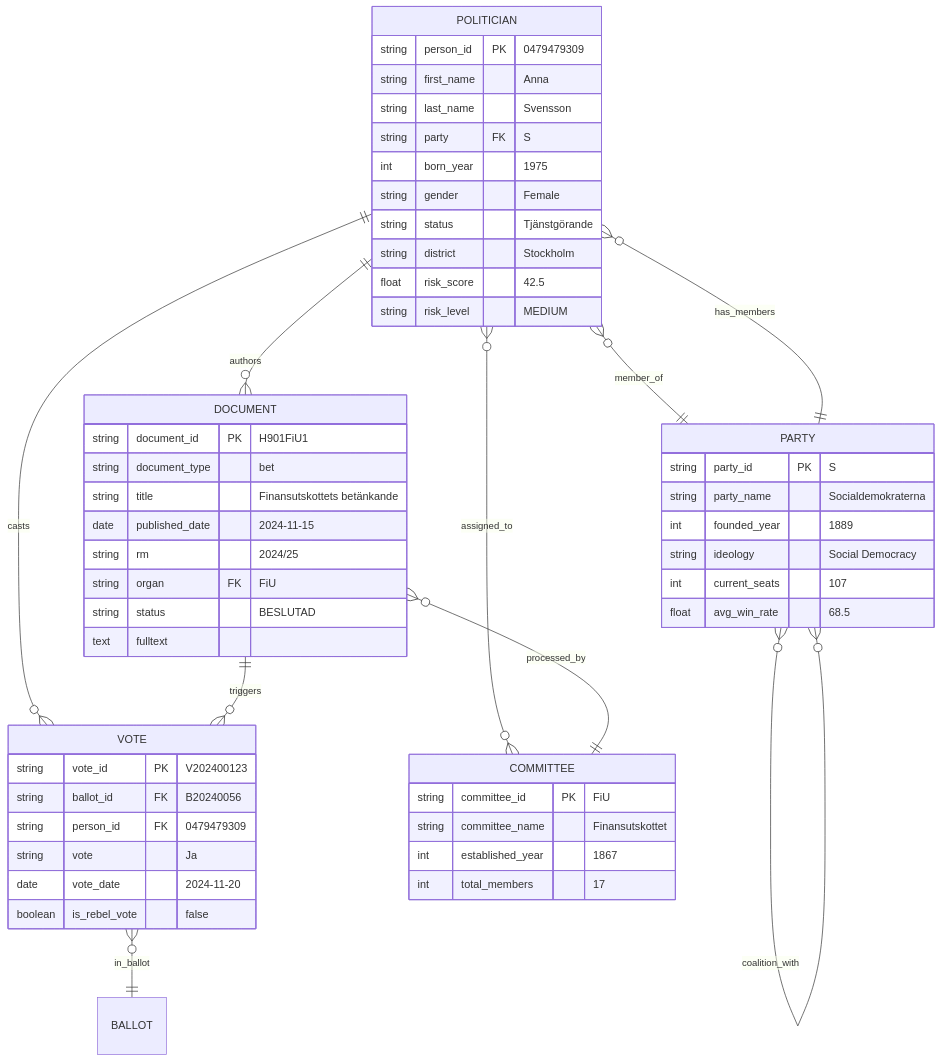
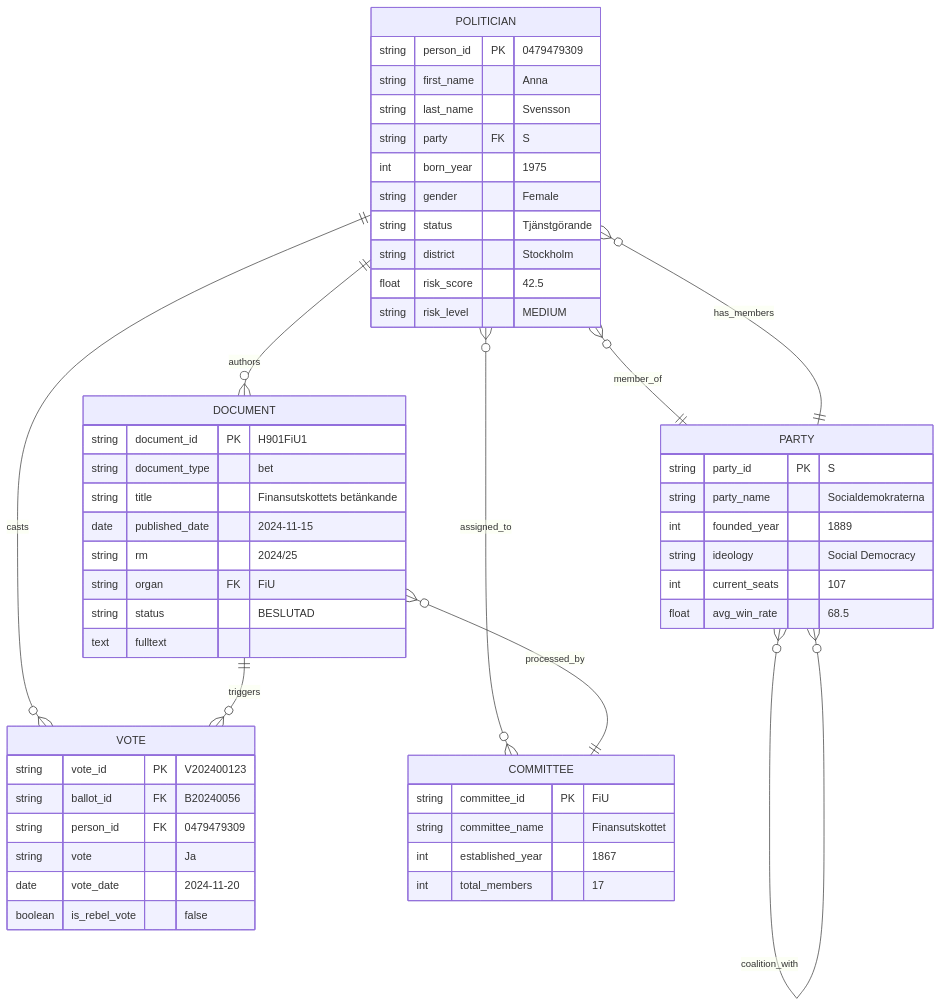
Before and after one commit to Hack23/riksdagsmonitor: the first of 8 diagrams in FUTURE_DATA_MODEL.md, drawn with Mermaid. The commit also changed other lines of this file, not shown here.

````diff
--- a/FUTURE_DATA_MODEL.md
+++ b/FUTURE_DATA_MODEL.md
@@ -1011,64 +1028,62 @@
 ```mermaid
 erDiagram
     POLITICIAN ||--o{ VOTE : casts
     POLITICIAN }o--|| PARTY : member_of
     POLITICIAN ||--o{ DOCUMENT : authors
     POLITICIAN }o--o{ COMMITTEE : assigned_to
     
     PARTY ||--o{ POLITICIAN : has_members
     PARTY }o--o{ PARTY : coalition_with
     
     DOCUMENT }o--|| COMMITTEE : processed_by
     DOCUMENT ||--o{ VOTE : triggers
-    
-    VOTE }o--|| BALLOT : in_ballot
     
     POLITICIAN {
         string person_id PK "0479479309"
         string first_name "Anna"
         string last_name "Svensson"
         string party FK "S"
         int born_year "1975"
         string gender "Female"
         string status "Tjänstgörande"
         string district "Stockholm"
         float risk_score "42.5"
         string risk_level "MEDIUM"
     }
     
     PARTY {
         string party_id PK "S"
         string party_name "Socialdemokraterna"
         int founded_year "1889"
         string ideology "Social Democracy"
         int current_seats "107"
         float avg_win_rate "68.5"
     }
     
     DOCUMENT {
         string document_id PK "H901FiU1"
         string document_type "bet"
         string title "Finansutskottets betänkande"
         date published_date "2024-11-15"
         string rm "2024/25"
         string organ FK "FiU"
         string status "BESLUTAD"
         text fulltext
     }
     
     VOTE {
         string vote_id PK "V202400123"
         string ballot_id FK "B20240056"
         string person_id FK "0479479309"
         string vote "Ja"
         date vote_date "2024-11-20"
         boolean is_rebel_vote "false"
     }
     
     COMMITTEE {
         string committee_id PK "FiU"
         string committee_name "Finansutskottet"
         int established_year "1867"
         int total_members "17"
     }
 ```
````
